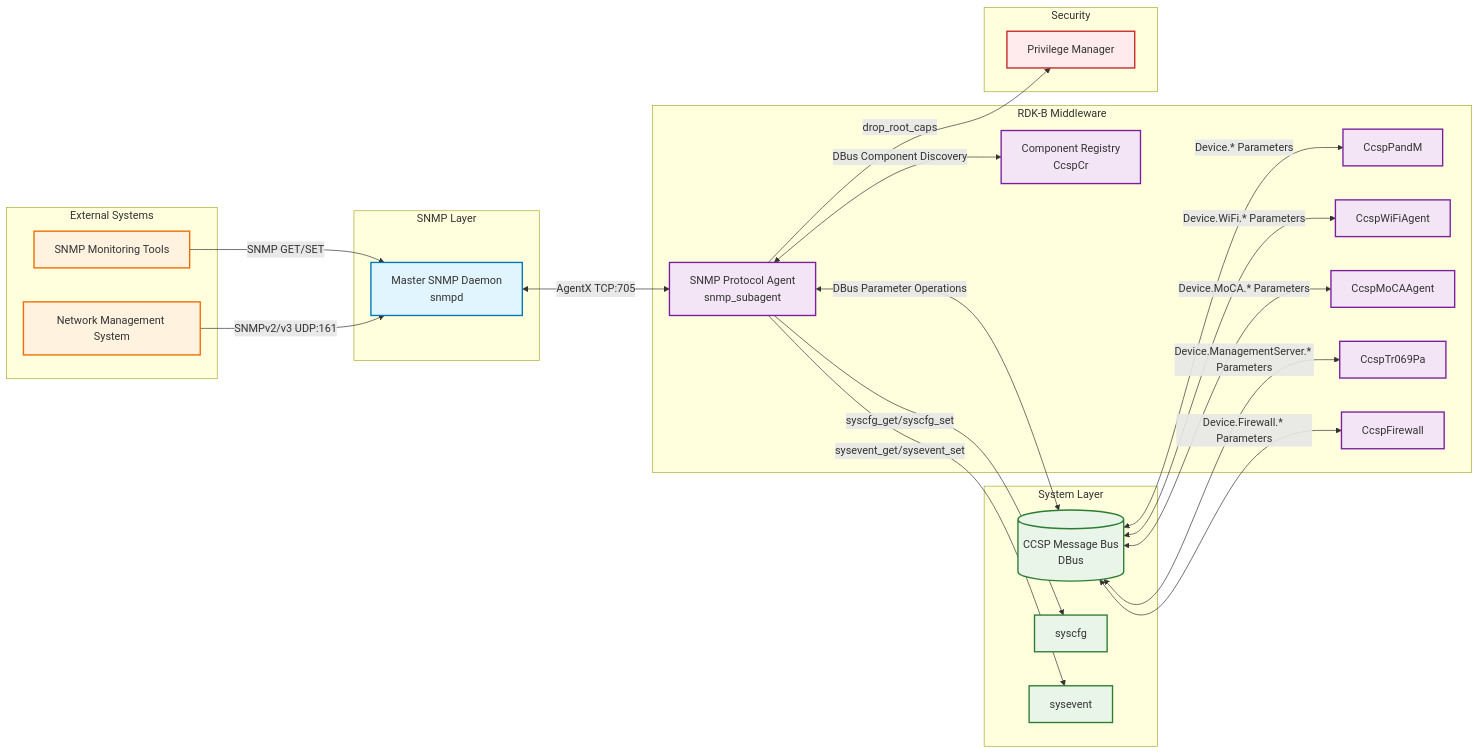
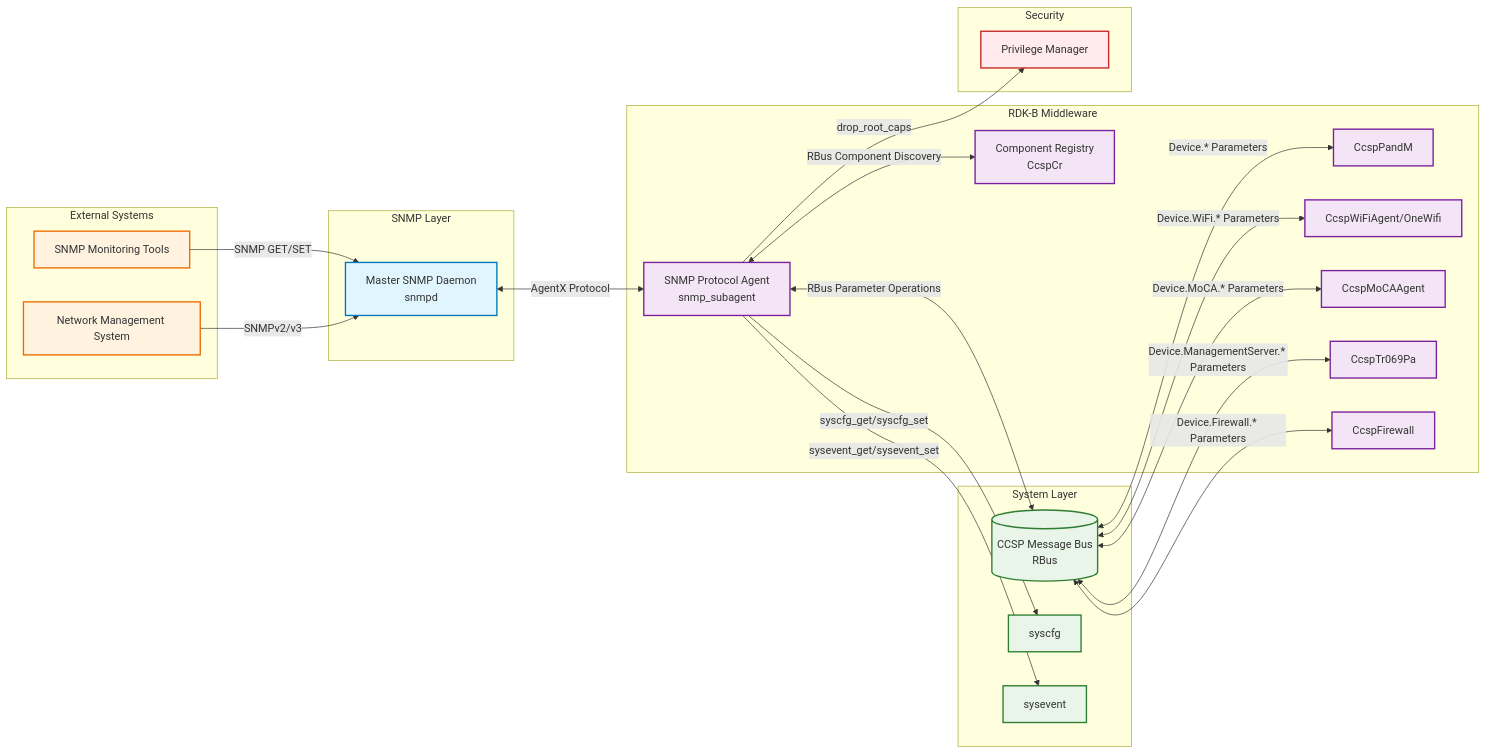
The first of 9 diagrams in docs/docu/dec17/snmp-protocol-agent-feb27.md (rns21/RDK_Documentation), drawn with Mermaid before and after one commit. The commit also changed other lines of this file, not shown here.

````diff
--- a/docs/docu/dec17/snmp-protocol-agent-feb27.md
+++ b/docs/docu/dec17/snmp-protocol-agent-feb27.md
@@ -7,59 +7,59 @@
 ```mermaid
 graph LR
     subgraph "External Systems"
         NMS[Network Management System]
         SNMP_Tools[SNMP Monitoring Tools]
     end
     
     subgraph "SNMP Layer"
         MasterSNMPD[Master SNMP Daemon<br/>snmpd]
     end
     
     subgraph "RDK-B Middleware"
         SNMPAgent[SNMP Protocol Agent<br/>snmp_subagent]
         CR[Component Registry<br/>CcspCr]
         PAM[CcspPandM]
-        WiFi[CcspWiFiAgent]
+        WiFi[CcspWiFiAgent/OneWifi]
         MoCA[CcspMoCAAgent]
         TR069[CcspTr069Pa]
         Firewall[CcspFirewall]
     end
     
     subgraph "System Layer"
-        MessageBus[(CCSP Message Bus<br/>DBus)]
+        MessageBus[(CCSP Message Bus<br/>RBus)]
         SysCfg[syscfg]
         SysEvent[sysevent]
     end
     
     subgraph "Security"
         Privilege[Privilege Manager]
     end
     
-    NMS -->|SNMPv2/v3 UDP:161| MasterSNMPD
+    NMS -->|SNMPv2/v3| MasterSNMPD
     SNMP_Tools -->|SNMP GET/SET| MasterSNMPD
-    MasterSNMPD <-->|AgentX TCP:705| SNMPAgent
+    MasterSNMPD <-->|AgentX Protocol| SNMPAgent
     
-    SNMPAgent <-->|DBus Component Discovery| CR
-    SNMPAgent <-->|DBus Parameter Operations| MessageBus
+    SNMPAgent <-->|RBus Component Discovery| CR
+    SNMPAgent <-->|RBus Parameter Operations| MessageBus
     SNMPAgent -->|syscfg_get/syscfg_set| SysCfg
     SNMPAgent -->|sysevent_get/sysevent_set| SysEvent
     SNMPAgent -->|drop_root_caps| Privilege
     
     MessageBus <-->|Device.* Parameters| PAM
     MessageBus <-->|Device.WiFi.* Parameters| WiFi
     MessageBus <-->|Device.MoCA.* Parameters| MoCA
     MessageBus <-->|Device.ManagementServer.* Parameters| TR069
     MessageBus <-->|Device.Firewall.* Parameters| Firewall
     
     classDef external fill:#fff3e0,stroke:#ef6c00,stroke-width:2px;
     classDef snmp fill:#e1f5fe,stroke:#0277bd,stroke-width:2px;
     classDef middleware fill:#f3e5f5,stroke:#7b1fa2,stroke-width:2px;
     classDef system fill:#e8f5e8,stroke:#2e7d32,stroke-width:2px;
     classDef security fill:#ffebee,stroke:#c62828,stroke-width:2px;
     
     class NMS,SNMP_Tools external;
     class MasterSNMPD snmp;
     class SNMPAgent,CR,PAM,WiFi,MoCA,TR069,Firewall middleware;
     class MessageBus,SysCfg,SysEvent system;
     class Privilege security;
 ```
````
